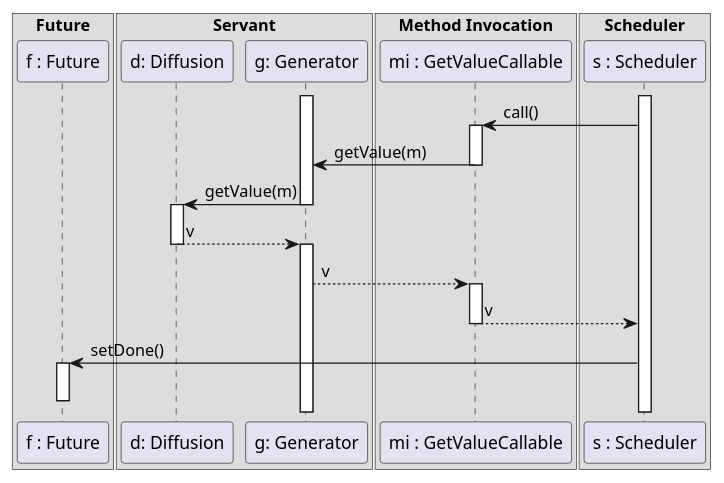
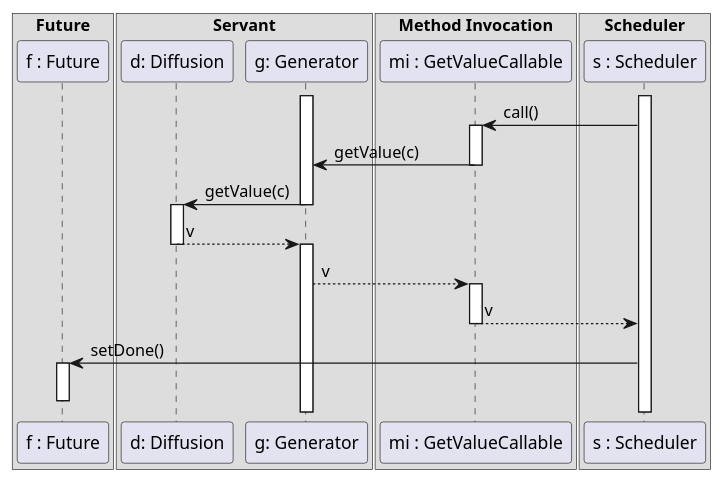
Before and after one commit to ISTIC-M2-ILa-GM/aodp: the diagram in spec/getValueAsync2.puml, drawn with PlantUML. The commit also changed 1 other file, not shown here.

Commit message:
corrected update / get value vs canal

```diff
--- a/spec/getValueAsync2.puml
+++ b/spec/getValueAsync2.puml
@@ -1,34 +1,34 @@
 @startuml
 box "Future"
     participant "f : Future" as f
 end box
 box "Servant"
     participant "d: Diffusion" as d
     participant "g: Generator" as g
 end box
 box "Method Invocation"
     participant "mi : GetValueCallable" as mi
 end box
 box "Scheduler"
     participant "s : Scheduler" as s
 end box
 activate g
 activate s
 s -> mi: call()
 activate mi
-mi -> g: getValue(m)
+mi -> g: getValue(c)
 deactivate mi
-g -> d: getValue(m)
+g -> d: getValue(c)
 deactivate g
 activate d
 d --> g: v
 deactivate d
 activate g
 g --> mi: v
 activate mi
 mi --> s: v
 deactivate mi
 s -> f: setDone()
 activate f
 deactivate f
 @enduml
```
